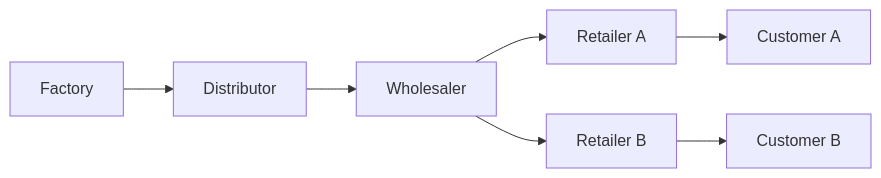
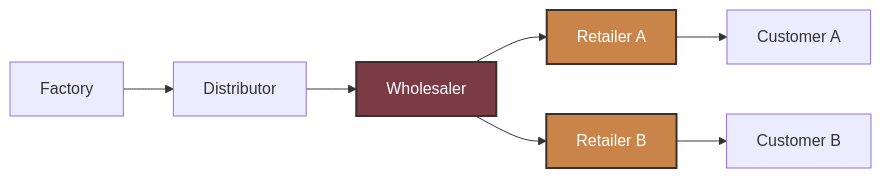
Before and after one commit to ConstantinVictorBeatErtel/Supply_Chain_Bench: the diagram in README.md, drawn with Mermaid. The commit also changed other lines of this file and 5 other files, not shown here.

````diff
--- a/README.md
+++ b/README.md
@@ -11,6 +10,9 @@
 ```mermaid
 flowchart LR
   F[Factory] --> D[Distributor] --> W[Wholesaler]
   W --> RA[Retailer A] --> CA[Customer A]
   W --> RB[Retailer B] --> CB[Customer B]
+  style W fill:#7A3B45,color:#FFFFFF,stroke:#3A2F2C,stroke-width:2px
+  style RA fill:#C9844A,color:#FFFFFF,stroke:#3A2F2C,stroke-width:2px
+  style RB fill:#C9844A,color:#FFFFFF,stroke:#3A2F2C,stroke-width:2px
 ```
````
